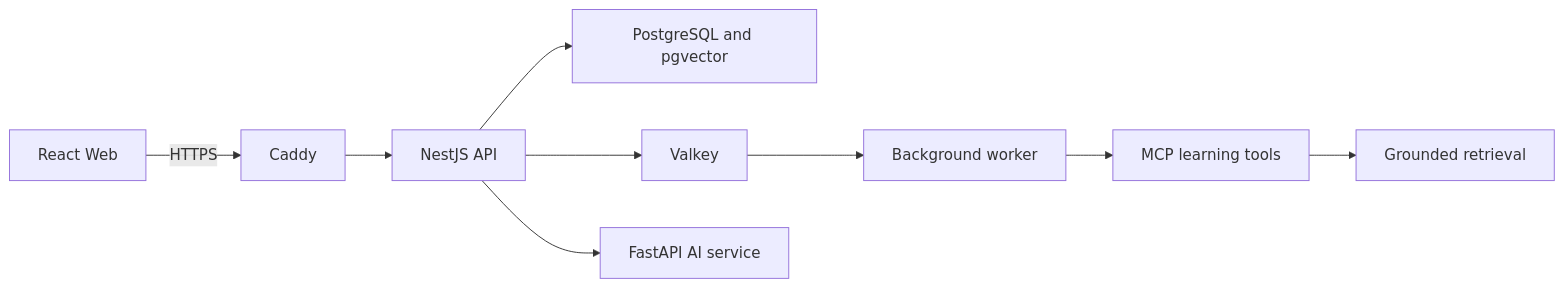
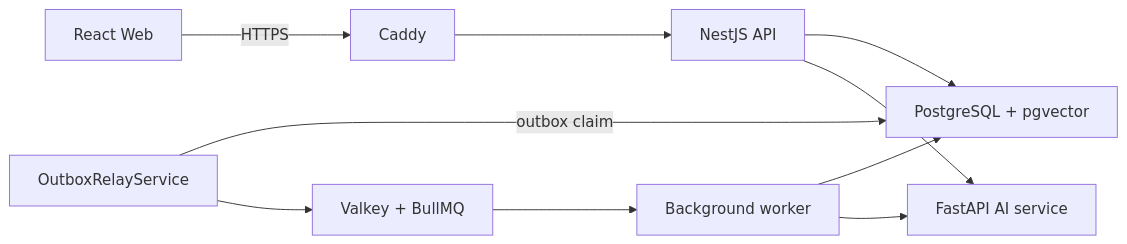
Before and after one commit to NearthYou/Studytube: the first of 3 diagrams in README.md, drawn with Mermaid. The commit also changed other lines of this file and 7 other files, not shown here.

````diff
--- a/README.md
+++ b/README.md
@@ -76,11 +38,12 @@
 ```mermaid
 flowchart LR
-  Browser[React Web] -->|HTTPS| Caddy
-  Caddy --> API[NestJS API]
-  API --> PostgreSQL[PostgreSQL and pgvector]
-  API --> Valkey
-  Valkey --> Worker[Background worker]
-  Worker --> MCP[MCP learning tools]
-  MCP --> Retrieval[Grounded retrieval]
-  API --> AI[FastAPI AI service]
+  Browser["React Web"] -->|"HTTPS"| Caddy["Caddy"]
+  Caddy --> API["NestJS API"]
+  API --> DB["PostgreSQL + pgvector"]
+  API --> AI["FastAPI AI service"]
+  Relay["OutboxRelayService"] -->|"outbox claim"| DB
+  Relay --> Queue["Valkey + BullMQ"]
+  Queue --> Worker["Background worker"]
+  Worker --> DB
+  Worker --> AI
 ```
````
